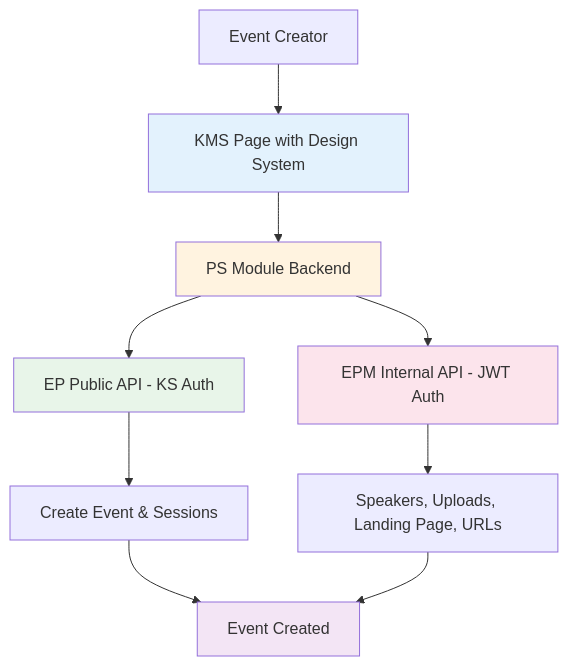
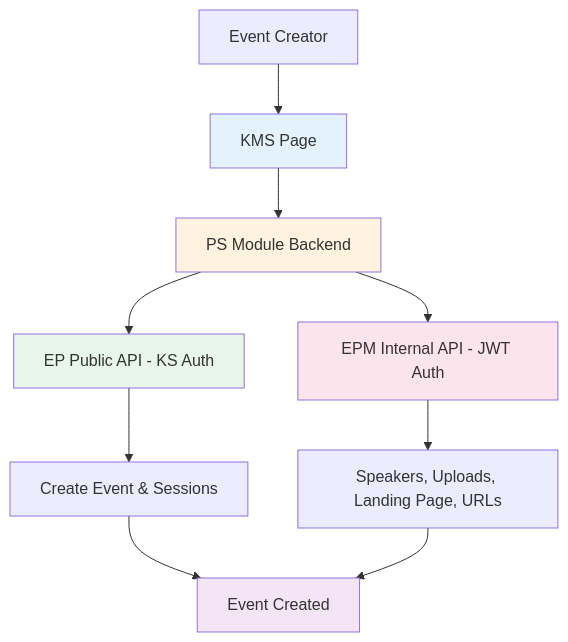
The first of 3 diagrams in README.md (Tomcohen514/abm-in-a-box), drawn with Mermaid before and after one commit. The commit also changed other lines of this file, not shown here.

First line of the commit message:
Improve README: remove timelines, simplify diagrams, expand future improvements

````diff
--- a/README.md
+++ b/README.md
@@ -72,20 +45,20 @@
 ```mermaid
 graph TB
-    User[Event Creator] --> KMS[KMS Page with Design System]
+    User[Event Creator] --> KMS[KMS Page]
     KMS --> PSModule[PS Module Backend]
 
     PSModule --> EPAPI[EP Public API - KS Auth]
     PSModule --> EPMAPI[EPM Internal API - JWT Auth]
 
     EPAPI --> Events[Create Event & Sessions]
     EPMAPI --> Features[Speakers, Uploads, Landing Page, URLs]
 
     Events --> Output[Event Created]
     Features --> Output
 
     style KMS fill:#e3f2fd
     style PSModule fill:#fff3e0
     style EPAPI fill:#e8f5e9
     style EPMAPI fill:#fce4ec
     style Output fill:#f3e5f5
 ```
````
